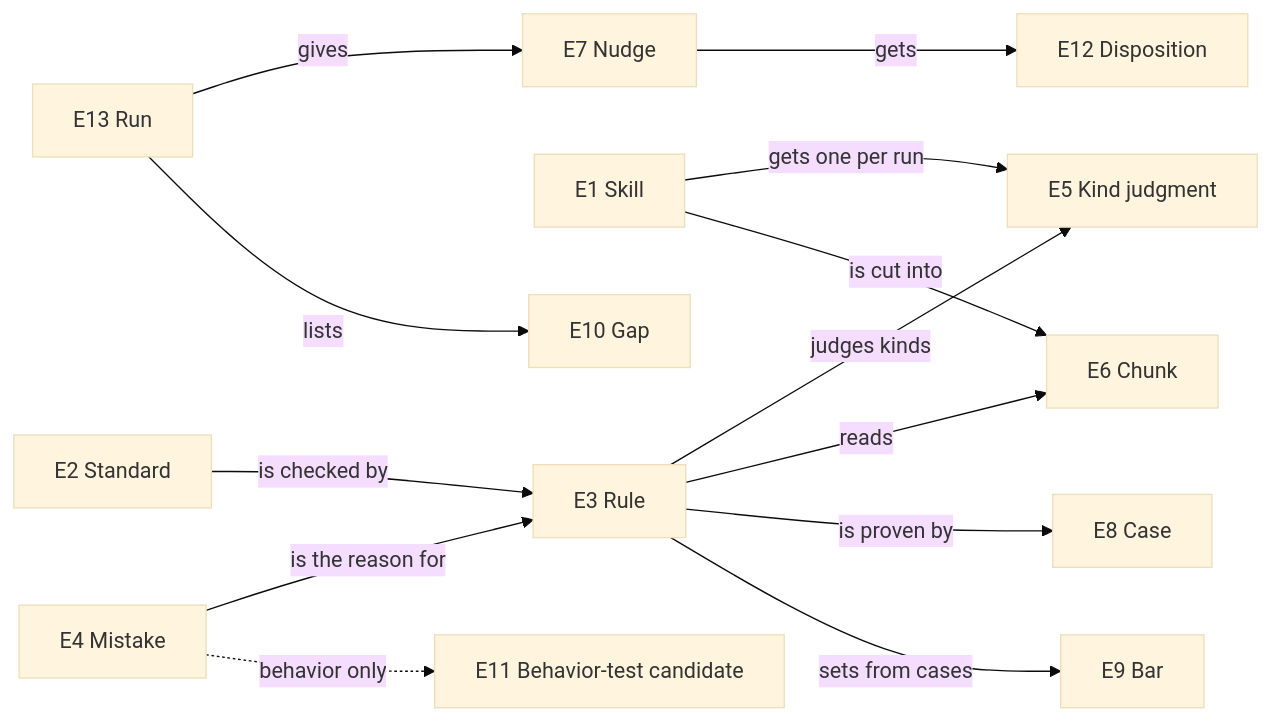
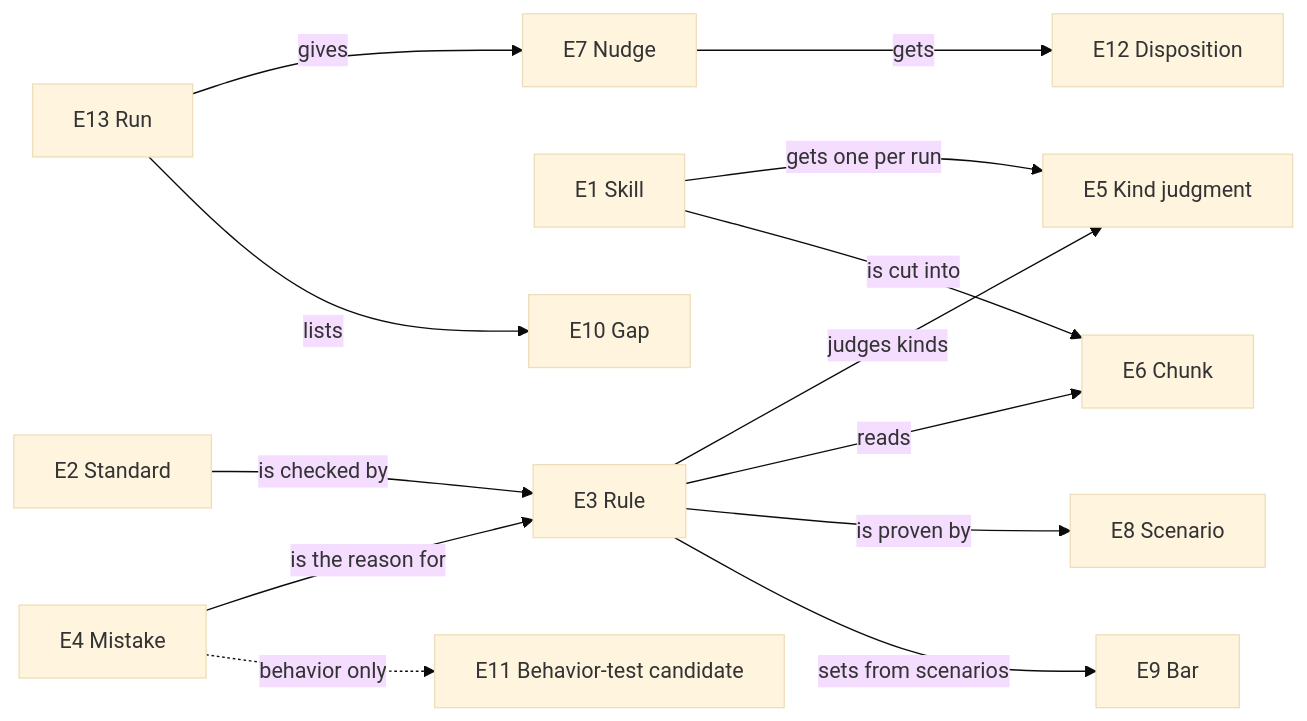
One commit to ShravanSunder/sunstack changed the diagram in docs/specs/2026-11-03-skill-rules/specification/entities.md. Above: the diagram before and after it, drawn with Mermaid (base theme). The commit also changed other lines of this file and 30 other files, not shown here.

First line of the commit message:
docs(skill-rules): scenarios replace cases; scenario runs outside git; owner adoption file replaces the committed receipt; D2 step A6

````diff
--- a/docs/specs/2026-11-03-skill-rules/specification/entities.md
+++ b/docs/specs/2026-11-03-skill-rules/specification/entities.md
@@ -5,15 +5,15 @@
 ```mermaid
 flowchart LR
   E4[E4 Mistake] -->|"is the reason for"| E3[E3 Rule]
   E2[E2 Standard] -->|"is checked by"| E3
   E3 -->|"judges kinds"| E5[E5 Kind judgment]
   E1[E1 Skill] -->|"gets one per run"| E5
   E3 -->|"reads"| E6[E6 Chunk]
   E1 -->|"is cut into"| E6
-  E3 -->|"is proven by"| E8[E8 Case]
-  E3 -->|"sets from cases"| E9[E9 Bar]
+  E3 -->|"is proven by"| E8[E8 Scenario]
+  E3 -->|"sets from scenarios"| E9[E9 Bar]
   E13[E13 Run] -->|"gives"| E7[E7 Nudge]
   E13 -->|"lists"| E10[E10 Gap]
   E7 -->|"gets"| E12[E12 Disposition]
   E4 -.->|"behavior only"| E11[E11 Behavior-test candidate]
 ```
````
